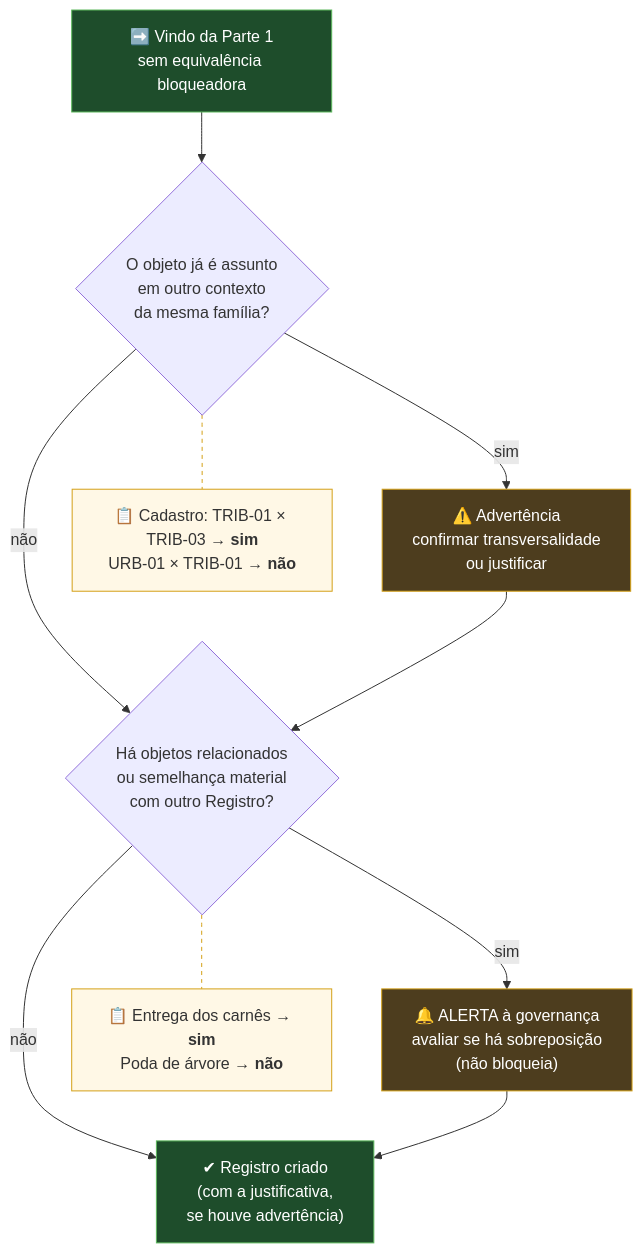
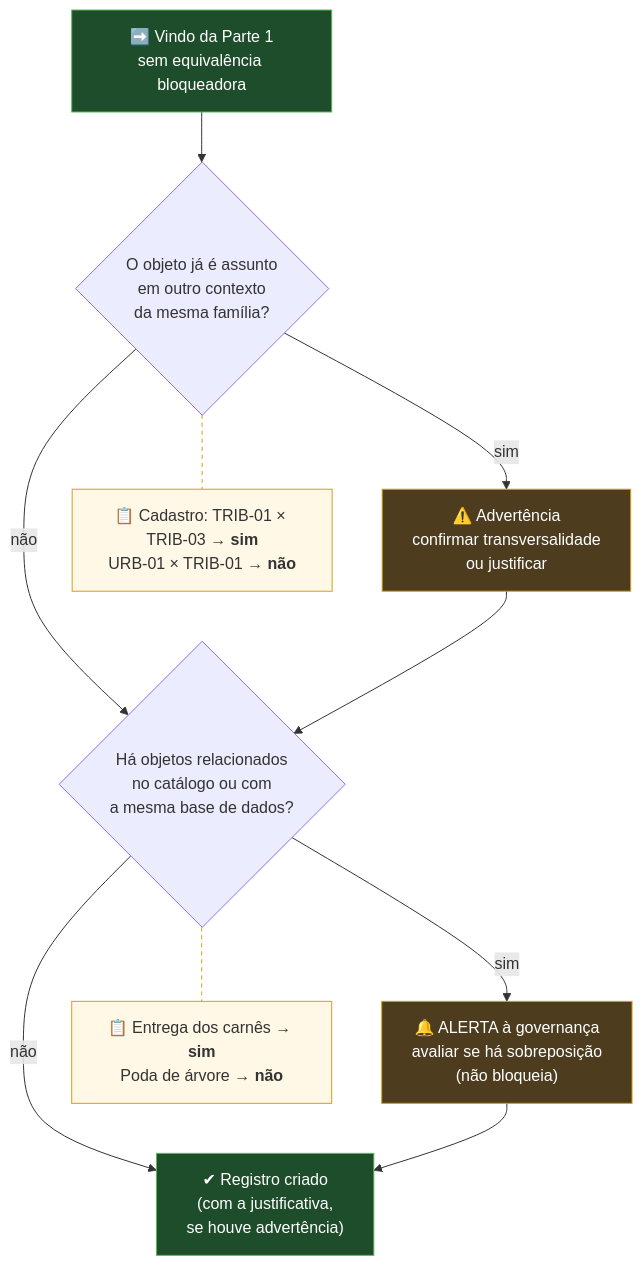
One commit to ailtonfv/governanca-lgpd-hortolandia changed diagram 11 of 11 in README.md. Above: the diagram before and after it, drawn with Mermaid. The commit also changed other lines of this file and 44 other files, not shown here.

````diff
--- a/README.md
+++ b/README.md
@@ -464,22 +464,22 @@
 ```mermaid
 %% tall
 flowchart TD
     A0["➡️ Vindo da Parte 1<br/>sem equivalência bloqueadora"] --> QF{"O objeto já é assunto<br/>em outro contexto<br/>da mesma família?"}
     QF -- "sim" --> ADV["⚠️ Advertência<br/>confirmar transversalidade<br/>ou justificar"]
     QF -- "não" --> Q3
-    ADV --> Q3{"Há objetos relacionados<br/>ou semelhança material<br/>com outro Registro?"}
+    ADV --> Q3{"Há objetos relacionados<br/>no catálogo ou com<br/>a mesma base de dados?"}
     Q3 -- "sim" --> AL["🔔 ALERTA à governança<br/>avaliar se há sobreposição<br/>(não bloqueia)"]
     Q3 -- "não" --> OK["✔ Registro criado<br/>(com a justificativa,<br/>se houve advertência)"]
     AL --> OK
     XQF["📋 Cadastro: TRIB-01 × TRIB-03 → <b>sim</b><br/>URB-01 × TRIB-01 → <b>não</b>"]
     XQ3["📋 Entrega dos carnês → <b>sim</b><br/>Poda de árvore → <b>não</b>"]
     QF -.- XQF
     Q3 -.- XQ3
     style A0 fill:#1e4d2b,stroke:#5cb85c,color:#fff
     style ADV fill:#4d3d1e,stroke:#d4a017,color:#fff
     style AL fill:#4d3d1e,stroke:#d4a017,color:#fff
     style OK fill:#1e4d2b,stroke:#5cb85c,color:#fff
     classDef ex fill:#fff8e6,stroke:#d4a017,color:#333
     class XQF,XQ3 ex
     linkStyle 7,8 stroke:#d4a017,stroke-dasharray:4
 ```
````
